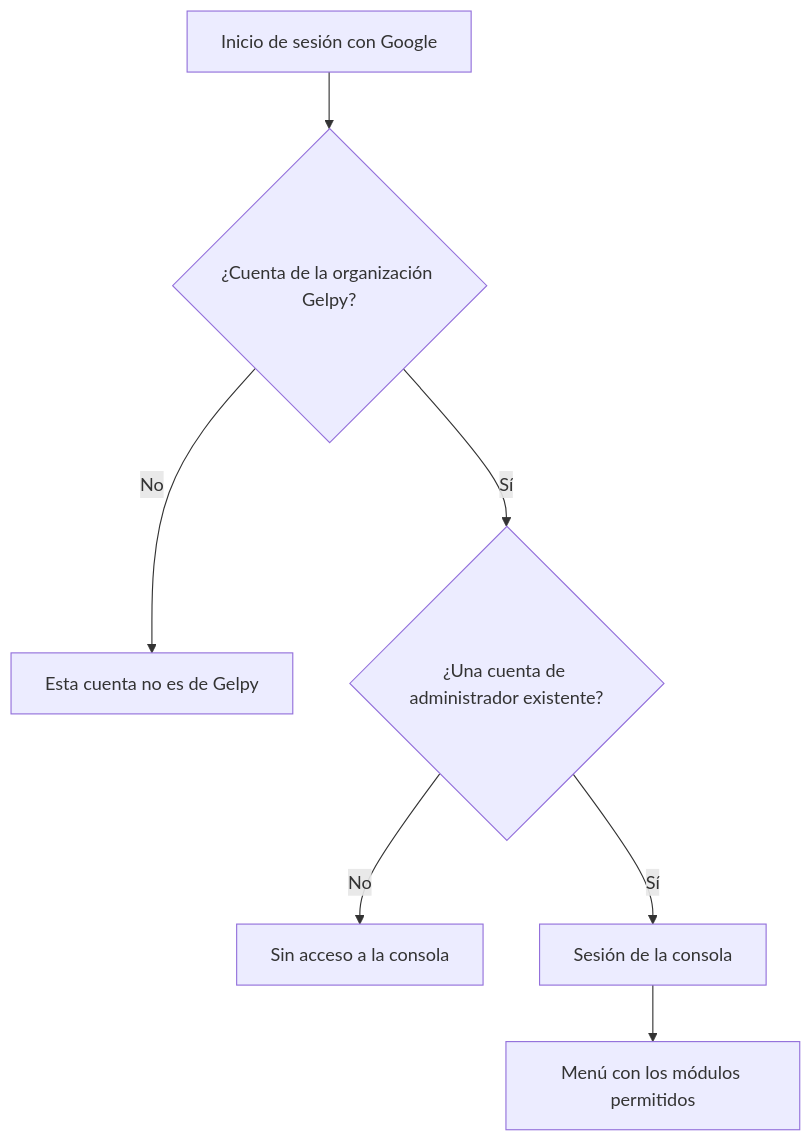
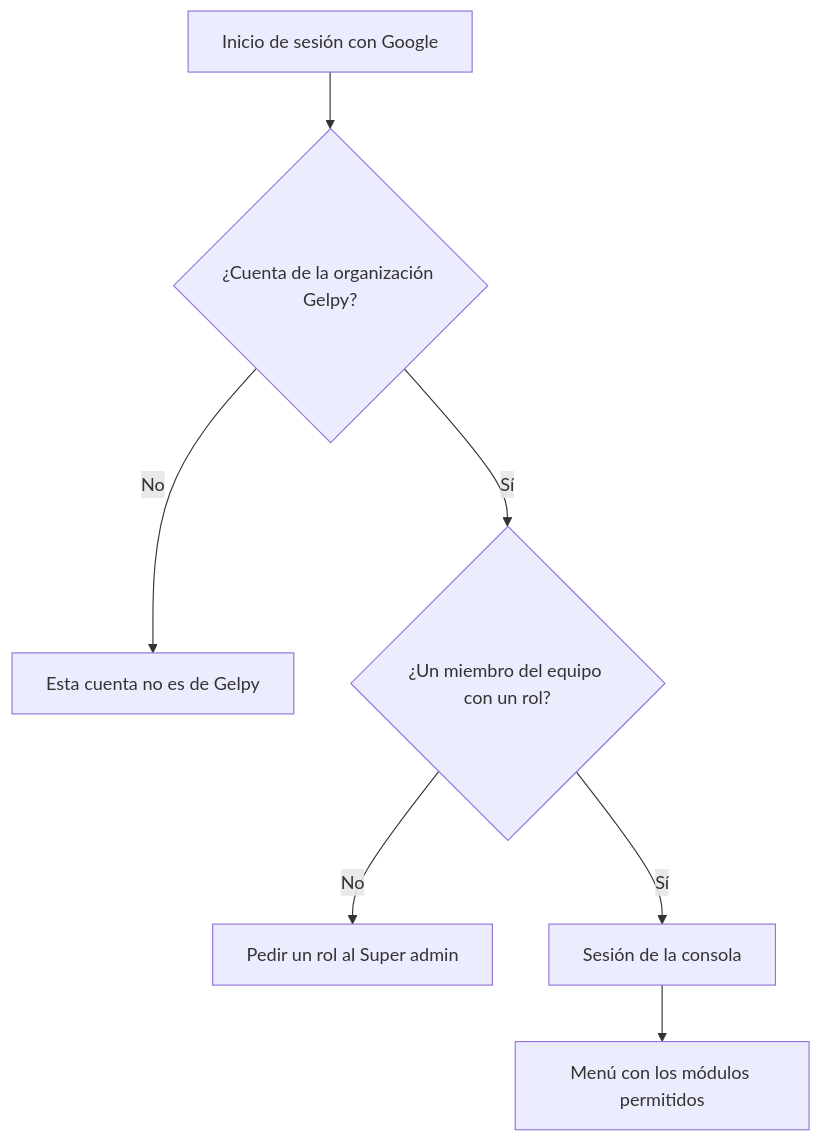
Before and after one commit to Gelpy/gelpy: the diagram in i18n/es/docusaurus-plugin-content-docs/current/product/console.md, drawn with Mermaid. The commit also changed other lines of this file and 14 other files, not shown here.

````diff
--- a/i18n/es/docusaurus-plugin-content-docs/current/product/console.md
+++ b/i18n/es/docusaurus-plugin-content-docs/current/product/console.md
@@ -24,9 +24,9 @@
 ```mermaid
 flowchart TD
   A[Inicio de sesión con Google] --> B{¿Cuenta de la organización Gelpy?}
   B -- No --> X[Esta cuenta no es de Gelpy]
-  B -- Sí --> C{¿Una cuenta de administrador existente?}
-  C -- No --> NO[Sin acceso a la consola]
+  B -- Sí --> C{¿Un miembro del equipo con un rol?}
+  C -- No --> NO[Pedir un rol al Super admin]
   C -- Sí --> S[Sesión de la consola]
   S --> M[Menú con los módulos permitidos]
 ```
````
